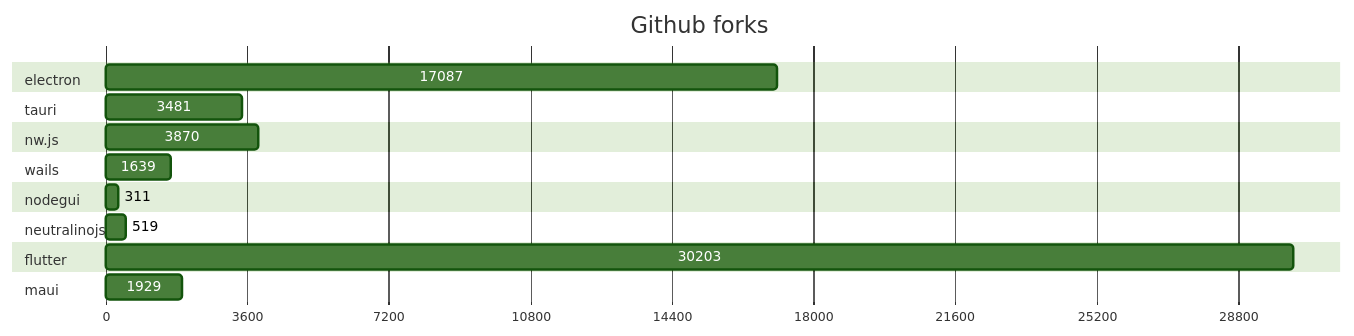
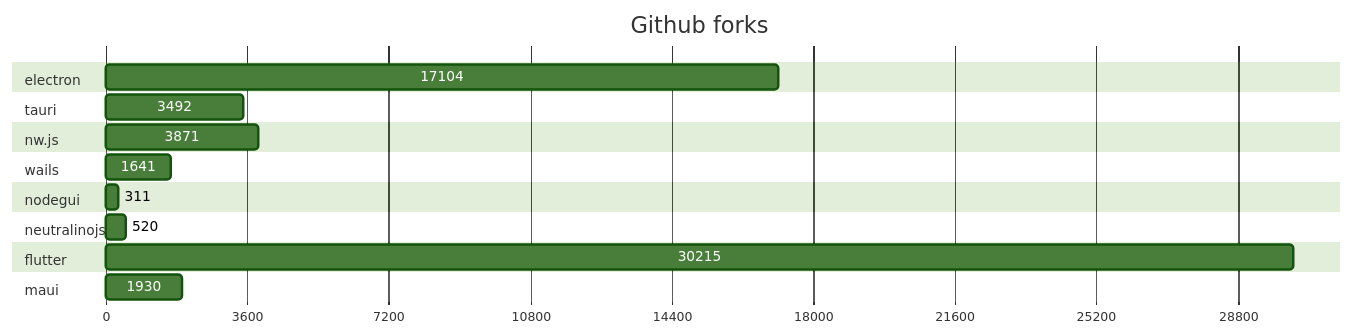
One commit to vlad-lubenskyi/web-to-desktop-framework-comparison changed the second of 2 diagrams in GRAPHS.md. Above: the diagram before and after it, drawn with Mermaid (forest theme). The commit also changed other lines of this file and 2 other files, not shown here.

Commit message:
Update stars & Fork

````diff
--- a/GRAPHS.md
+++ b/GRAPHS.md
@@ -47,40 +47,40 @@
 ```mermaid
 gantt
     title Github forks
     dateFormat  X
     axisFormat %s
 
 
 	section electron
-	17087 : 0, 17087
+	17104 : 0, 17104
 
 	
 	section tauri
-	3481 : 0, 3481
+	3492 : 0, 3492
 
 	
 	section nw.js
-	3870 : 0, 3870
+	3871 : 0, 3871
 
 	
 	section wails
-	1639 : 0, 1639
+	1641 : 0, 1641
 
 	
 	section nodegui
 	311 : 0, 311
 
 	
 	section neutralinojs
-	519 : 0, 519
+	520 : 0, 520
 
 	
 	section flutter
-	30203 : 0, 30203
+	30215 : 0, 30215
 
 	
 	section maui
-	1929 : 0, 1929
+	1930 : 0, 1930
 
 	
 ```
````
